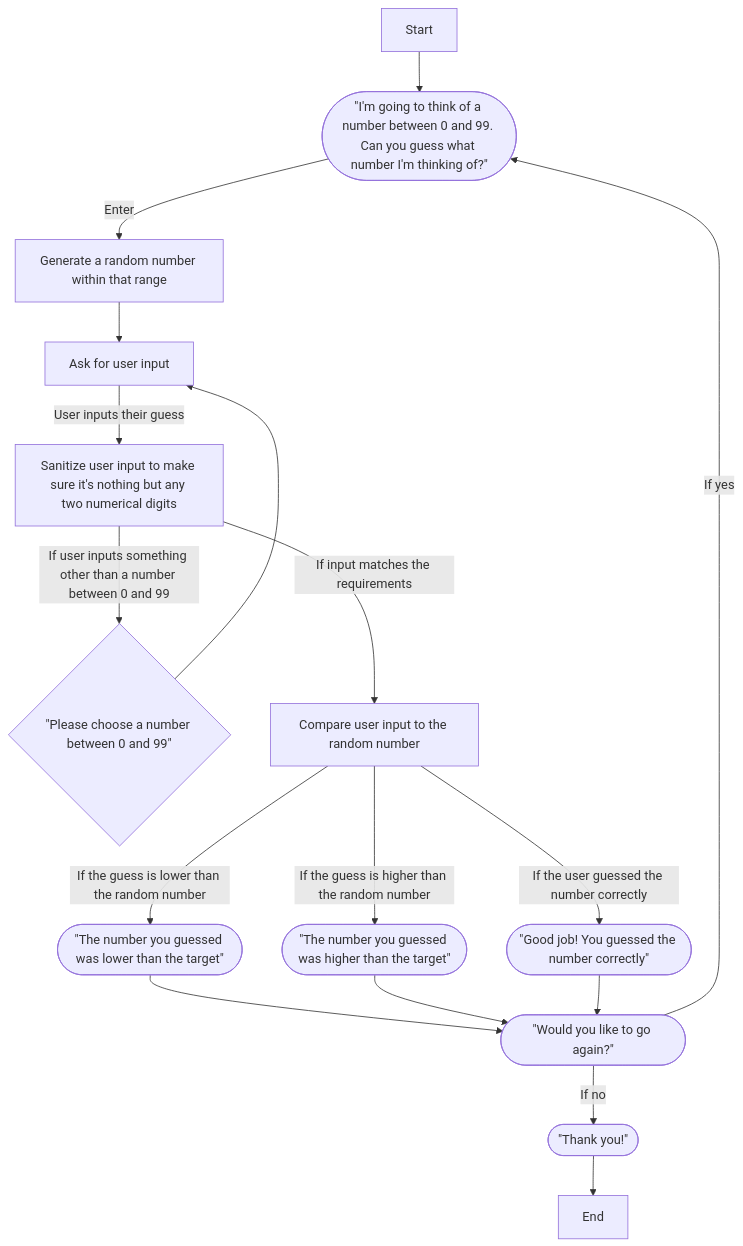
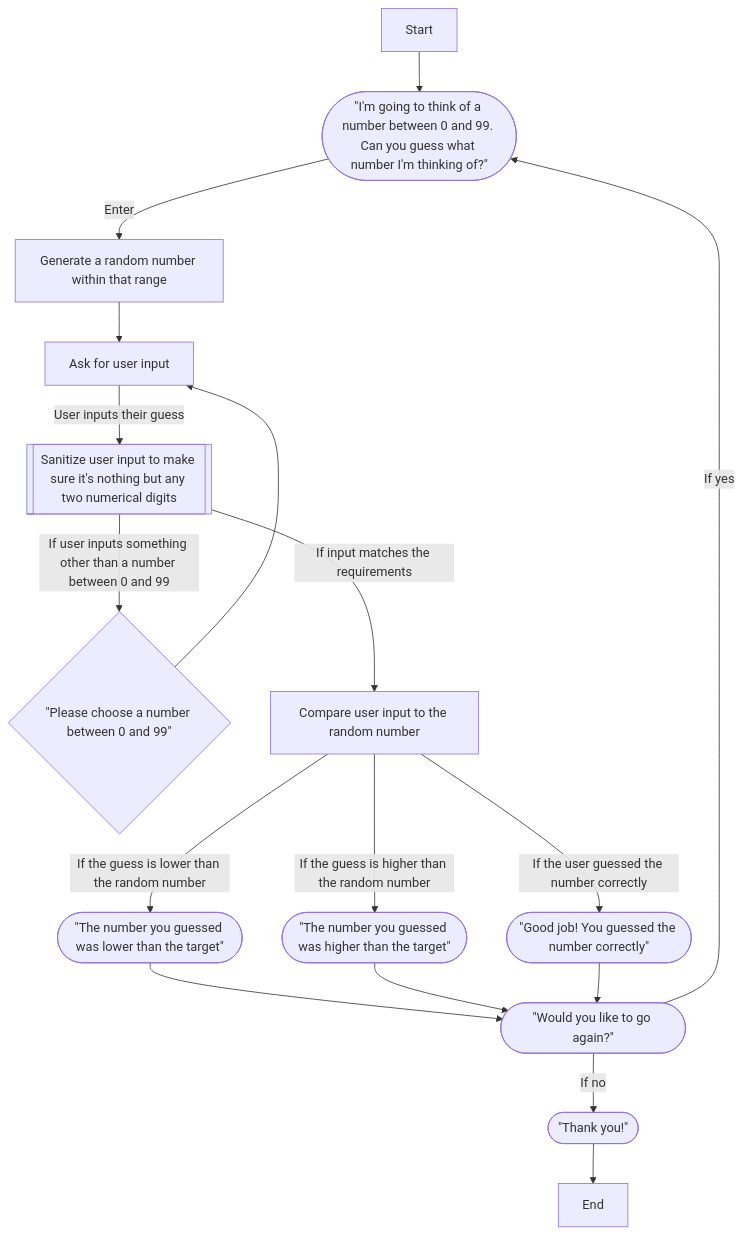
One commit to melanieb98/melanieb98 changed the diagram in Diagram.md. Above: the diagram before and after it, drawn with Mermaid.

````diff
--- a/Diagram.md
+++ b/Diagram.md
@@ -1,22 +1,22 @@
 ```mermaid
 
 flowchart TD
 
     Start[Start]-->st1([#quot;I'm going to think of a number between 0 and 99. Can you guess what number I'm thinking of?#quot;]);
     st1--Enter-->st1.1[Generate a random number within that range];
     st1.1-->st2[Ask for user input];
-    st2--User inputs their guess-->st3[Sanitize user input to make sure it's nothing but any two numerical digits];
+    st2--User inputs their guess-->st3[[Sanitize user input to make sure it's nothing but any two numerical digits]];
     st3--If user inputs something other than a number between 0 and 99-->st3.1{#quot;Please choose a number between 0 and 99#quot;};
     st3.1-->st2;
     st3--If input matches the requirements-->st4[Compare user input to the random number];
     st4--If the guess is lower than the random number-->lower([#quot;The number you guessed was lower than the target#quot;]);
     st4--If the guess is higher than the random number-->higher([#quot;The number you guessed was higher than the target#quot;]);
     st4--If the user guessed the number correctly-->correct([#quot;Good job! You guessed the number correctly#quot;]);
     lower-->repeat([#quot;Would you like to go again?#quot;]);
     higher-->repeat;
     correct-->repeat;
     repeat--If yes-->st1;
     repeat--If no -->stop([#quot;Thank you!#quot;]);
     stop-->End[End];
 
 ```
````
